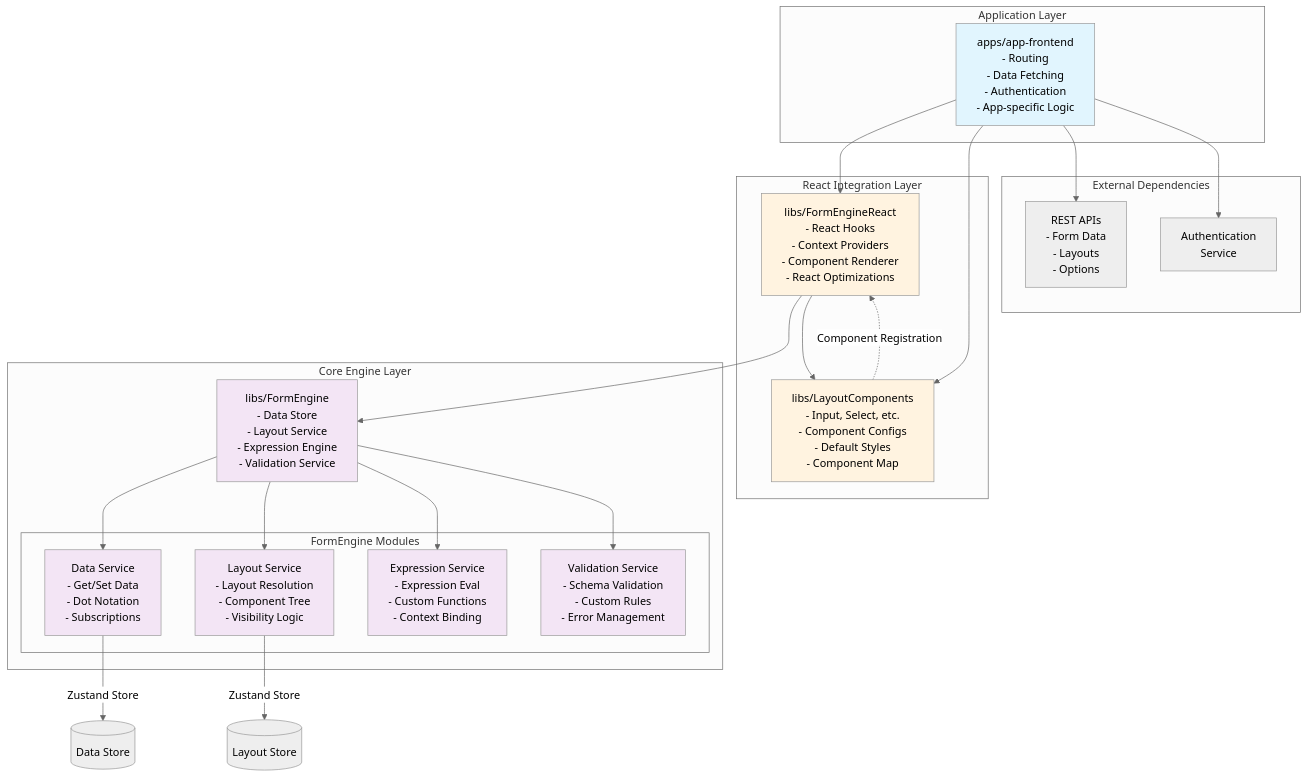
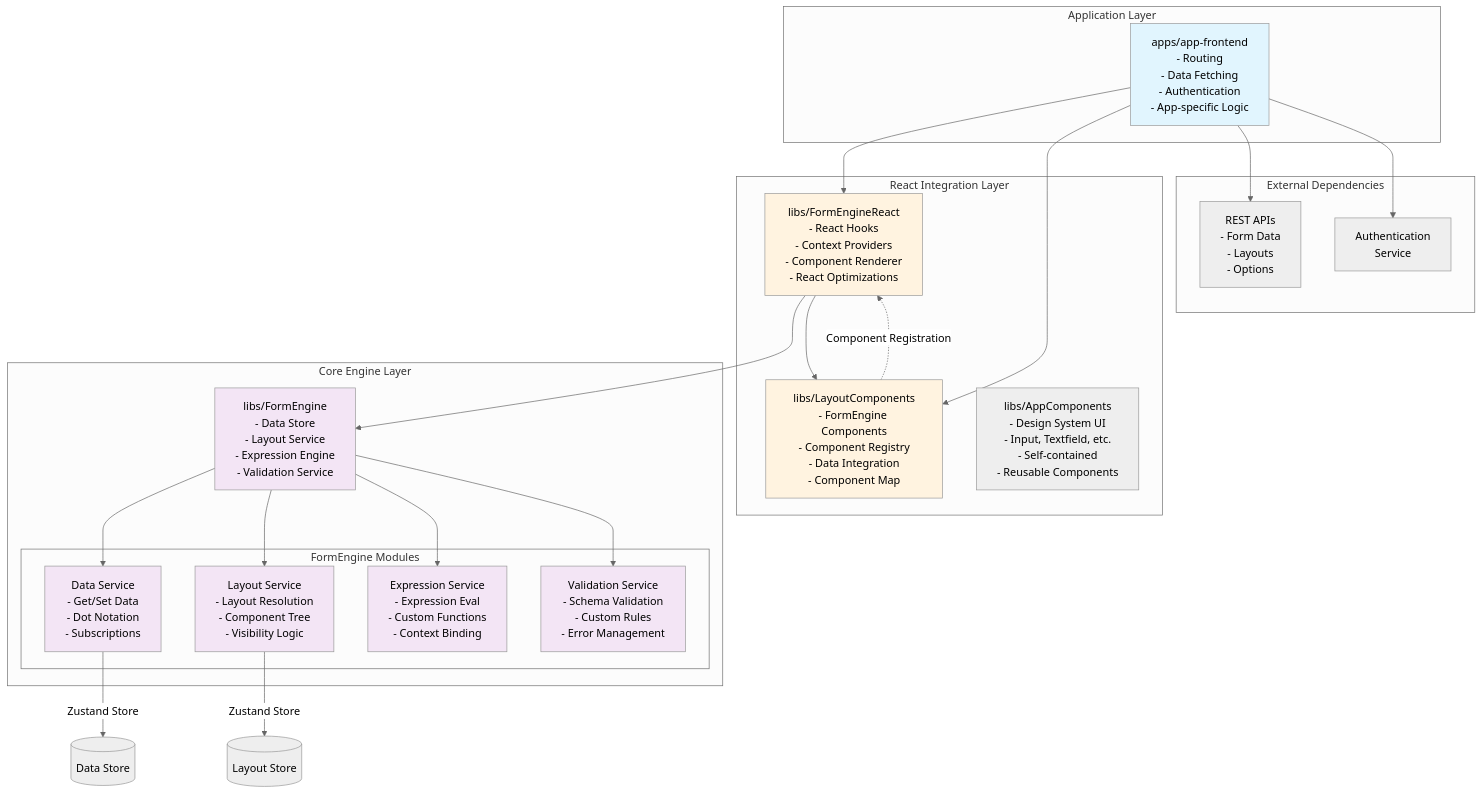
The first of 2 diagrams in libs/ARCHITECTURE_PRD.md (Altinn/app-frontend-react), drawn with Mermaid (neutral theme) before and after one commit. The commit also changed other lines of this file and 24 other files, not shown here.

````diff
--- a/libs/ARCHITECTURE_PRD.md
+++ b/libs/ARCHITECTURE_PRD.md
@@ -27,52 +28,53 @@
 ```mermaid
 graph TB
     subgraph "Application Layer"
         APP[apps/app-frontend<br/>- Routing<br/>- Data Fetching<br/>- Authentication<br/>- App-specific Logic]
     end
     
     subgraph "React Integration Layer"
         FER[libs/FormEngineReact<br/>- React Hooks<br/>- Context Providers<br/>- Component Renderer<br/>- React Optimizations]
-        LC[libs/LayoutComponents<br/>- Input, Select, etc.<br/>- Component Configs<br/>- Default Styles<br/>- Component Map]
+        LC[libs/LayoutComponents<br/>- FormEngine Components<br/>- Component Registry<br/>- Data Integration<br/>- Component Map]
+        AC[libs/AppComponents<br/>- Design System UI<br/>- Input, Textfield, etc.<br/>- Self-contained<br/>- Reusable Components]
     end
     
     subgraph "Core Engine Layer"
         FE[libs/FormEngine<br/>- Data Store<br/>- Layout Service<br/>- Expression Engine<br/>- Validation Service]
         
         subgraph "FormEngine Modules"
             DS[Data Service<br/>- Get/Set Data<br/>- Dot Notation<br/>- Subscriptions]
             LS[Layout Service<br/>- Layout Resolution<br/>- Component Tree<br/>- Visibility Logic]
             ES[Expression Service<br/>- Expression Eval<br/>- Custom Functions<br/>- Context Binding]
             VS[Validation Service<br/>- Schema Validation<br/>- Custom Rules<br/>- Error Management]
         end
     end
     
     subgraph "External Dependencies"
         API[REST APIs<br/>- Form Data<br/>- Layouts<br/>- Options]
         AUTH[Authentication<br/>Service]
     end
     
     APP --> FER
     APP --> LC
     APP --> API
     APP --> AUTH
     FER --> FE
     FER --> LC
     LC -.->|Component Registration| FER
     
     FE --> DS
     FE --> LS
     FE --> ES
     FE --> VS
     
     DS --> |Zustand Store| DSS[(Data Store)]
     LS --> |Zustand Store| LSS[(Layout Store)]
     
     style APP fill:#e1f5fe
     style FER fill:#fff3e0
     style LC fill:#fff3e0
     style FE fill:#f3e5f5
     style DS fill:#f3e5f5
     style LS fill:#f3e5f5
     style ES fill:#f3e5f5
     style VS fill:#f3e5f5
 ```
````
